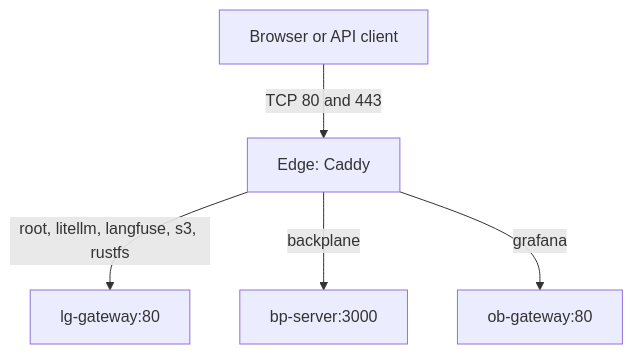
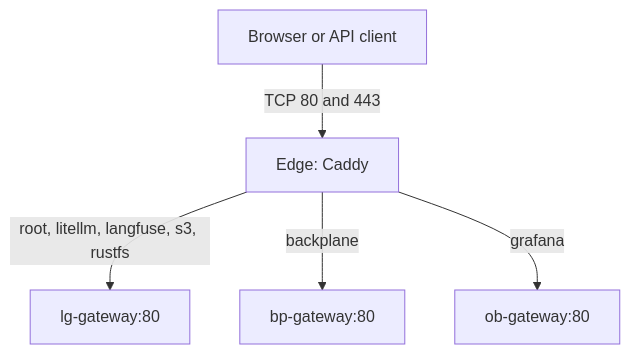
The diagram in docs/DESIGN.md (autonomiceng/platform-edge), drawn with Mermaid before and after one commit. The commit also changed 7 other files, not shown here.

First line of the commit message:
fix(ingress): route Backplane through its internal gateway (#7)

````diff
--- a/docs/DESIGN.md
+++ b/docs/DESIGN.md
@@ -22,7 +22,7 @@
 ```mermaid
 flowchart TD
     client[Browser or API client] -->|TCP 80 and 443| edge[Edge: Caddy]
     edge -->|root, litellm, langfuse, s3, rustfs| gateway[lg-gateway:80]
-    edge -->|backplane| backplane[bp-server:3000]
+    edge -->|backplane| backplane[bp-gateway:80]
     edge -->|grafana| observability[ob-gateway:80]
 ```
````
